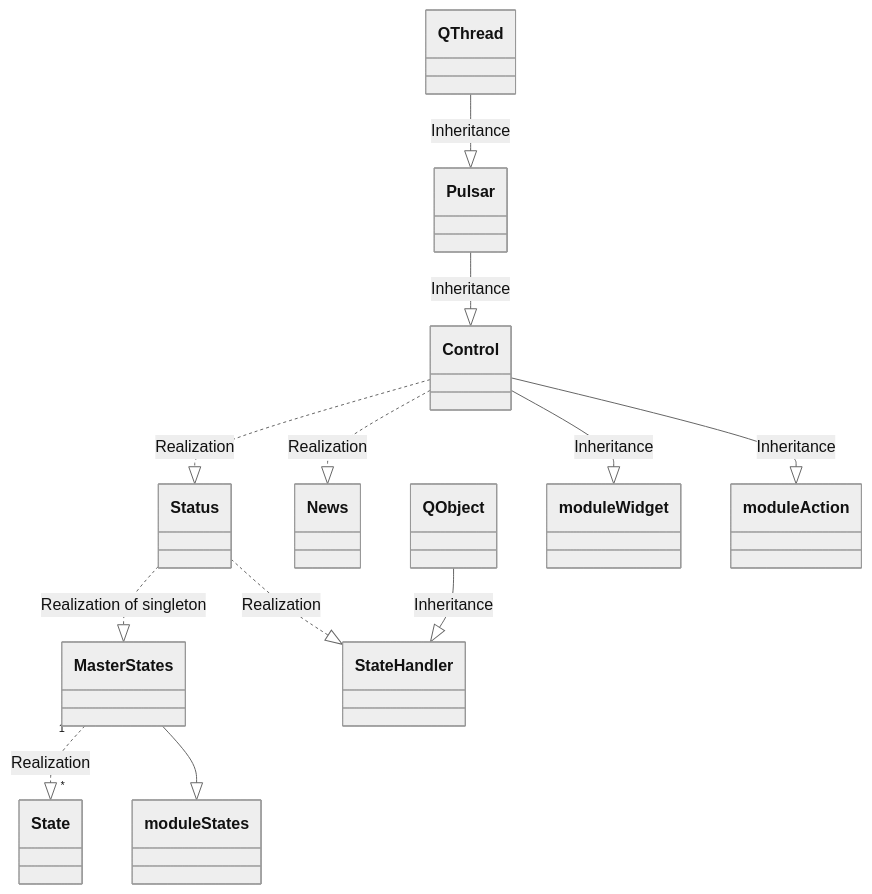
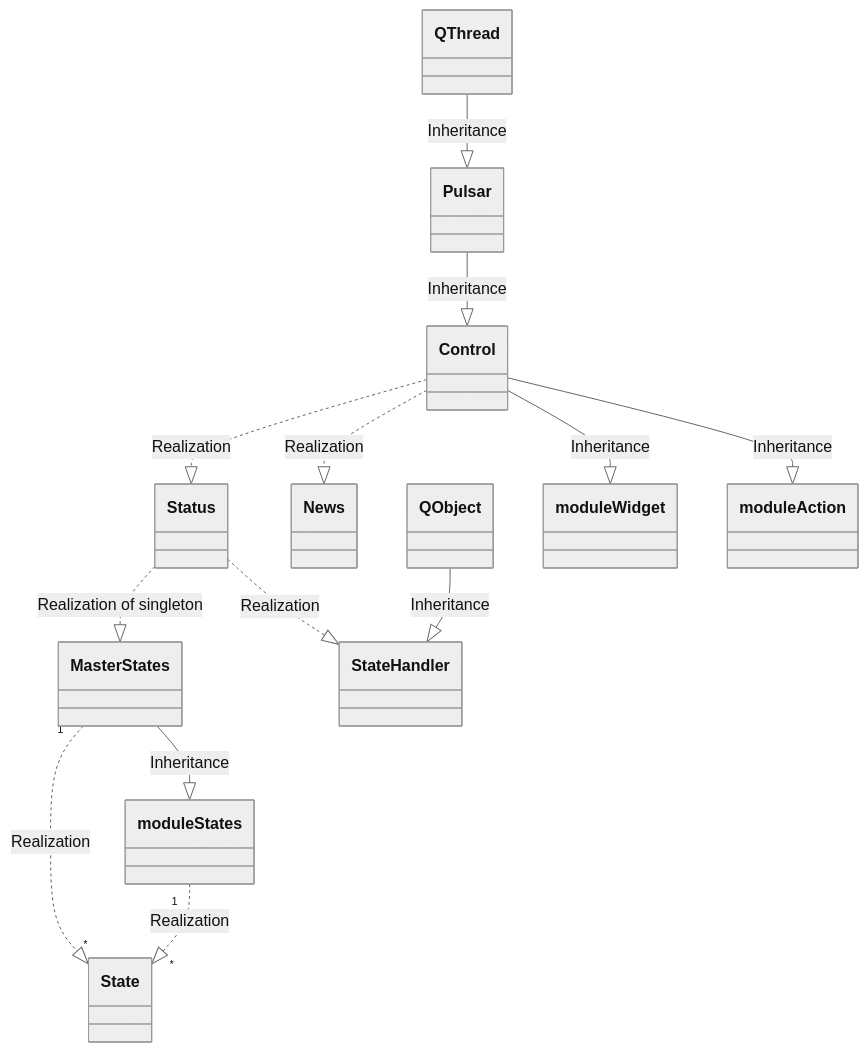
Before and after one commit to tud-hri/joan: the diagram in README.md, drawn with Mermaid (neutral theme). The commit also changed 1 other file, not shown here.

Commit message:
moduleStates in singleton Status

````diff
--- a/README.md
+++ b/README.md
@@ -32,26 +32,27 @@
 ```mermaid
     classDiagram
         class Status
         class News
         class State
         class MasterStates
         class StateHandler
         class Pulsar
         class QObject
         class QThread
         class moduleWidget
         class moduleAction
         class moduleStates
 
         MasterStates "1" ..|> "*" State : Realization
         Status ..|> MasterStates : Realization of singleton
         Status ..|> StateHandler : Realization
         QObject --|> StateHandler : Inheritance
         QThread --|> Pulsar : Inheritance
         Pulsar --|> Control : Inheritance
         Control ..|> Status : Realization
         Control ..|> News : Realization
         Control --|> moduleAction : Inheritance
         Control  --|> moduleWidget : Inheritance
-        MasterStates --|> moduleStates
+        MasterStates --|> moduleStates : Inheritance
+        moduleStates "1" ..|> "*" State : Realization
 ```
````
